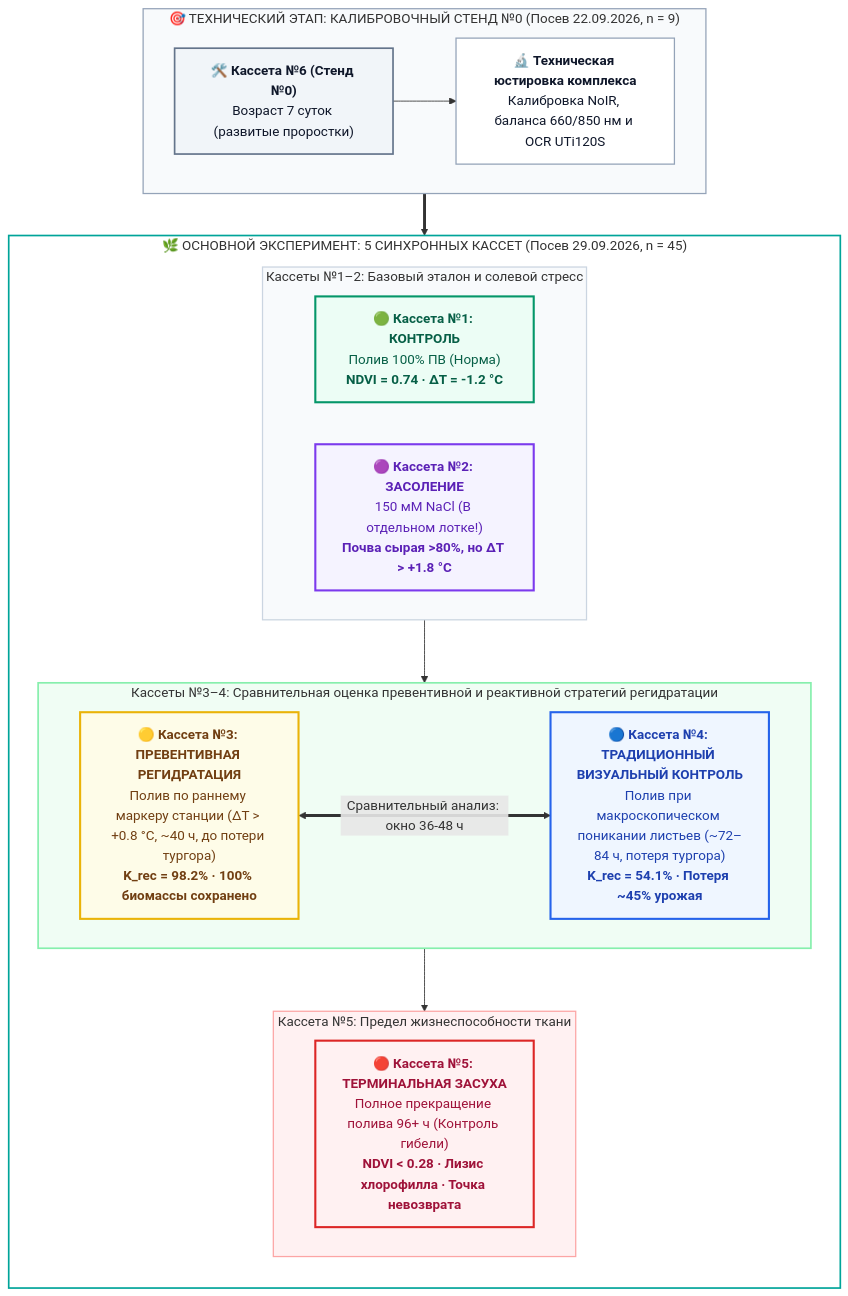
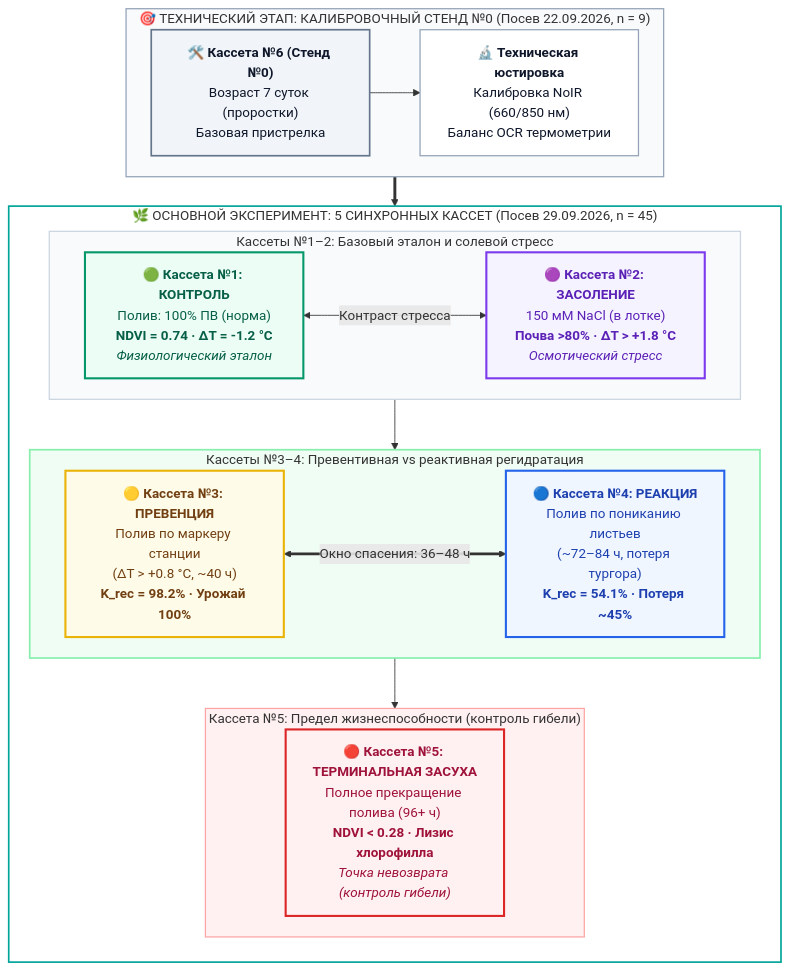
One commit to ezicvtumane/plant-stress-ndvi changed the diagram in README.md. Above: the diagram before and after it, drawn with Mermaid.

Commit message:
docs: fix Mermaid diagram layout and text overflow in experiment design

````diff
--- a/README.md
+++ b/README.md
@@ -167,46 +167,48 @@
 ```mermaid
+%%{init: {'flowchart': {'nodeSpacing': 30, 'rankSpacing': 35}}}%%
 flowchart TD
     subgraph Calib["🎯 ТЕХНИЧЕСКИЙ ЭТАП: КАЛИБРОВОЧНЫЙ СТЕНД №0 (Посев 22.09.2026, n = 9)"]
         direction LR
-        C0["🛠️ <b>Кассета №6 (Стенд №0)</b><br/>Возраст 7 суток (развитые проростки)"] --> R0["🔬 <b>Техническая юстировка комплекса</b><br/>Калибровка NoIR, баланса 660/850 нм и OCR UTi120S"]
+        C0["🛠️ <b>Кассета №6 (Стенд №0)</b><br/>Возраст 7 суток (проростки)<br/>Базовая пристрелка"] --> R0["🔬 <b>Техническая юстировка</b><br/>Калибровка NoIR (660/850 нм)<br/>Баланс OCR термометрии"]
     end
 
     subgraph S5["🌿 ОСНОВНОЙ ЭКСПЕРИМЕНТ: 5 СИНХРОННЫХ КАССЕТ (Посев 29.09.2026, n = 45)"]
         direction TB
-        
+
         subgraph Row1["Кассеты №1–2: Базовый эталон и солевой стресс"]
             direction LR
-            C1["🟢 <b>Кассета №1: КОНТРОЛЬ</b><br/>Полив 100% ПВ (Норма)<br/><b>NDVI = 0.74 · ΔT = -1.2 °C</b>"]
-            C2["🟣 <b>Кассета №2: ЗАСОЛЕНИЕ</b><br/>150 мМ NaCl (В отдельном лотке!)<br/><b>Почва сырая >80%, но ΔT > +1.8 °C</b>"]
+            C1["🟢 <b>Кассета №1: КОНТРОЛЬ</b><br/>Полив: 100% ПВ (норма)<br/><b>NDVI = 0.74 · ΔT = -1.2 °C</b><br/><i>Физиологический эталон</i>"]
+            C2["🟣 <b>Кассета №2: ЗАСОЛЕНИЕ</b><br/>150 мМ NaCl (в лотке)<br/><b>Почва >80% · ΔT > +1.8 °C</b><br/><i>Осмотический стресс</i>"]
+            C1 <-->|"Контраст стресса"| C2
         end
 
-        subgraph Row2["Кассеты №3–4: Сравнительная оценка превентивной и реактивной стратегий регидратации"]
+        subgraph Row2["Кассеты №3–4: Превентивная vs реактивная регидратация"]
             direction LR
-            C3["🟡 <b>Кассета №3: ПРЕВЕНТИВНАЯ РЕГИДРАТАЦИЯ</b><br/>Полив по раннему маркеру станции (ΔT > +0.8 °C, ~40 ч, до потери тургора)<br/><b>K_rec = 98.2% · 100% биомассы сохранено</b>"]
-            C4["🔵 <b>Кассета №4: ТРАДИЦИОННЫЙ ВИЗУАЛЬНЫЙ КОНТРОЛЬ</b><br/>Полив при макроскопическом поникании листьев (~72–84 ч, потеря тургора)<br/><b>K_rec = 54.1% · Потеря ~45% урожая</b>"]
-            C3 <==>|"Сравнительный анализ: окно 36-48 ч"| C4
+            C3["🟡 <b>Кассета №3: ПРЕВЕНЦИЯ</b><br/>Полив по маркеру станции<br/>(ΔT > +0.8 °C, ~40 ч)<br/><b>K_rec = 98.2% · Урожай 100%</b>"]
+            C4["🔵 <b>Кассета №4: РЕАКЦИЯ</b><br/>Полив по пониканию листьев<br/>(~72–84 ч, потеря тургора)<br/><b>K_rec = 54.1% · Потеря ~45%</b>"]
+            C3 <==>|"Окно спасения: 36–48 ч"| C4
         end
 
-        subgraph Row3["Кассета №5: Предел жизнеспособности ткани"]
+        subgraph Row3["Кассета №5: Предел жизнеспособности (контроль гибели)"]
             direction LR
-            C5["🔴 <b>Кассета №5: ТЕРМИНАЛЬНАЯ ЗАСУХА</b><br/>Полное прекращение полива 96+ ч (Контроль гибели)<br/><b>NDVI < 0.28 · Лизис хлорофилла · Точка невозврата</b>"]
+            C5["🔴 <b>Кассета №5: ТЕРМИНАЛЬНАЯ ЗАСУХА</b><br/>Полное прекращение полива (96+ ч)<br/><b>NDVI < 0.28 · Лизис хлорофилла</b><br/><i>Точка невозврата (контроль гибели)</i>"]
         end
-        
+
         Row1 --> Row2 --> Row3
     end
 
     Calib ==> S5
 
     style C0 fill:#f1f5f9,stroke:#64748b,stroke-width:2px,color:#0f172a
     style R0 fill:#ffffff,stroke:#94a3b8,stroke-width:1.5px,color:#0f172a
     style C1 fill:#ecfdf5,stroke:#059669,stroke-width:2.5px,color:#065f46
     style C2 fill:#f5f3ff,stroke:#7c3aed,stroke-width:2.5px,color:#5b21b6
-    style C5 fill:#fff1f2,stroke:#dc2626,stroke-width:2.5px,color:#9f1239
     style C3 fill:#fefce8,stroke:#eab308,stroke-width:2.5px,color:#713f12
     style C4 fill:#eff6ff,stroke:#2563eb,stroke-width:2.5px,color:#1e40af
+    style C5 fill:#fff1f2,stroke:#dc2626,stroke-width:2.5px,color:#9f1239
     style Calib fill:#f8fafc,stroke:#94a3b8,stroke-width:1.5px
     style S5 fill:#ffffff,stroke:#00a499,stroke-width:2px
     style Row1 fill:#f8fafc,stroke:#cbd5e1,stroke-width:1.5px
     style Row2 fill:#f0fdf4,stroke:#86efac,stroke-width:2px
     style Row3 fill:#fff1f2,stroke:#fca5a5,stroke-width:1.5px
 ```
````
